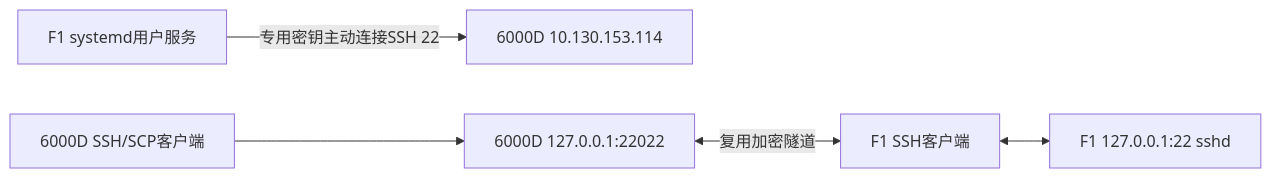
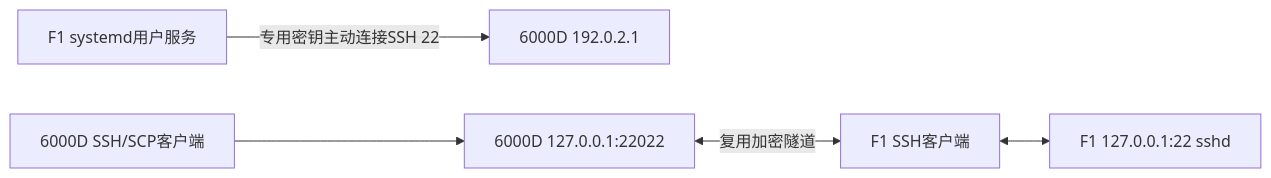
The diagram in F1/docs/connect/README.md (BrunonXU/DM0.5), drawn with Mermaid before and after one commit. The commit also changed other lines of this file and 1255 other files, not shown here.

````diff
--- a/F1/docs/connect/README.md
+++ b/F1/docs/connect/README.md
@@ -23,7 +23,7 @@
 ```mermaid
 flowchart LR
-  F["F1 systemd用户服务"] -->|"专用密钥主动连接SSH 22"| S["6000D 10.130.153.114"]
+  F["F1 systemd用户服务"] -->|"专用密钥主动连接SSH 22"| S["6000D 192.0.2.1"]
   C["6000D SSH/SCP客户端"] --> L["6000D 127.0.0.1:22022"]
   L <-->|"复用加密隧道"| T["F1 SSH客户端"]
   T <--> R["F1 127.0.0.1:22 sshd"]
 ```
````
